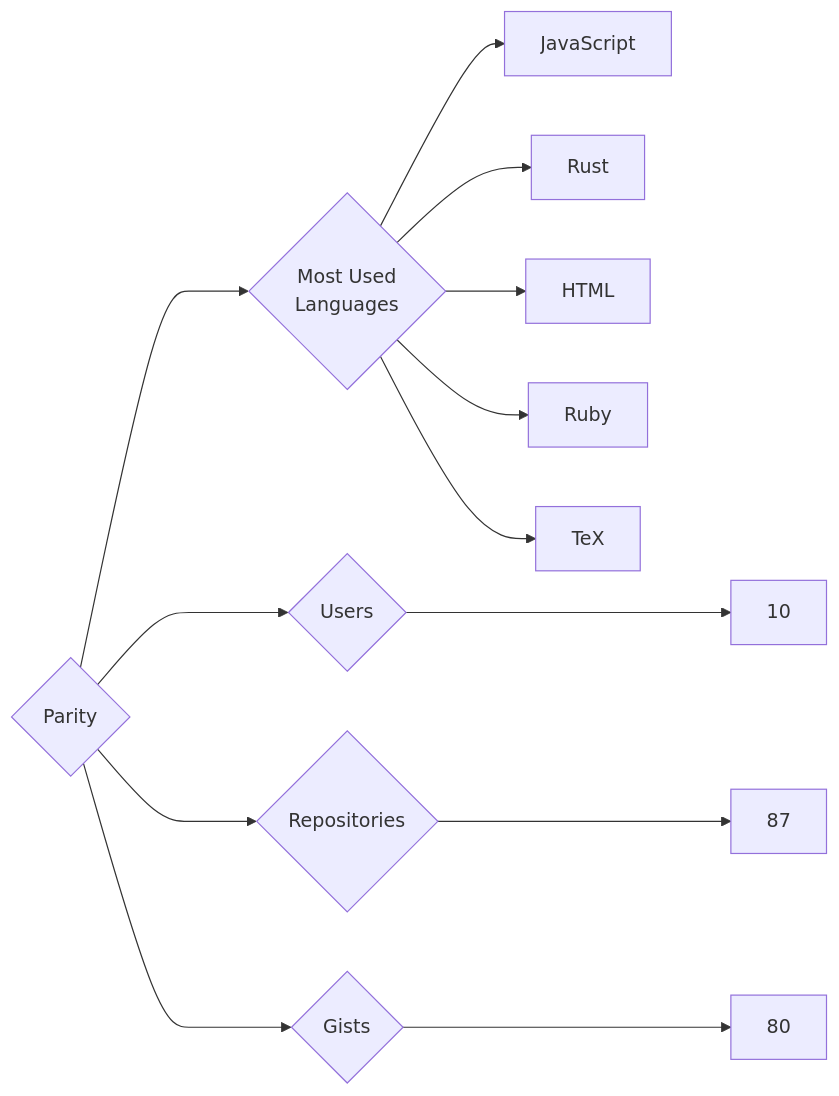
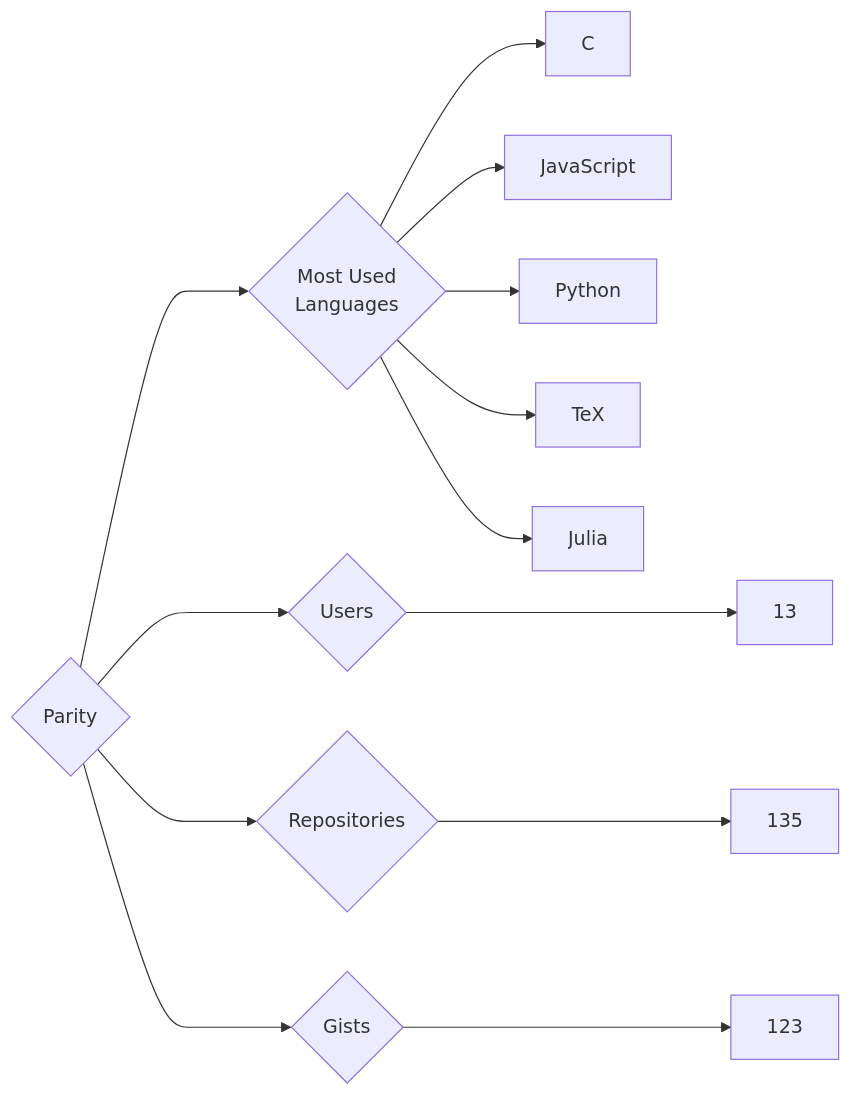
Before and after one commit to trickest/insiders: the diagram in targets/Parity/README.md, drawn with Mermaid. The commit also changed 948 other files, not shown here.

````diff
--- a/targets/Parity/README.md
+++ b/targets/Parity/README.md
@@ -3,13 +3,13 @@
 ```mermaid
 graph LR
 COMPANY_NAME{Parity}
-COMPANY_NAME ---> U{Users} ---> UN[10]
-COMPANY_NAME ---> R{Repositories} ---> RN[87]
-COMPANY_NAME ---> G{Gists} ---> GN[80]
+COMPANY_NAME ---> U{Users} ---> UN[13]
+COMPANY_NAME ---> R{Repositories} ---> RN[135]
+COMPANY_NAME ---> G{Gists} ---> GN[123]
 COMPANY_NAME ---> ML{Most Used<br>Languages}
+ML --> C[C]
 ML --> JavaScript[JavaScript]
-ML --> Rust[Rust]
-ML --> HTML[HTML]
-ML --> Ruby[Ruby]
+ML --> Python[Python]
 ML --> TeX[TeX]
+ML --> Julia[Julia]
 ```
````
